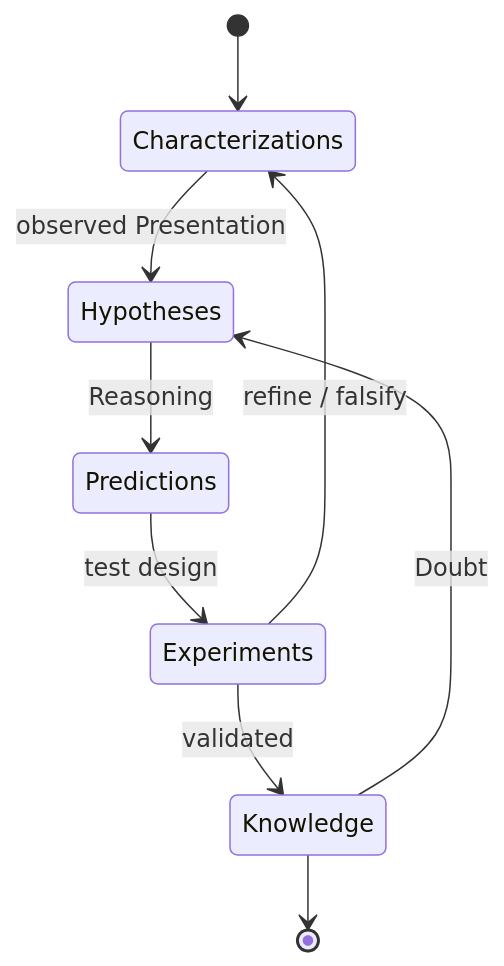
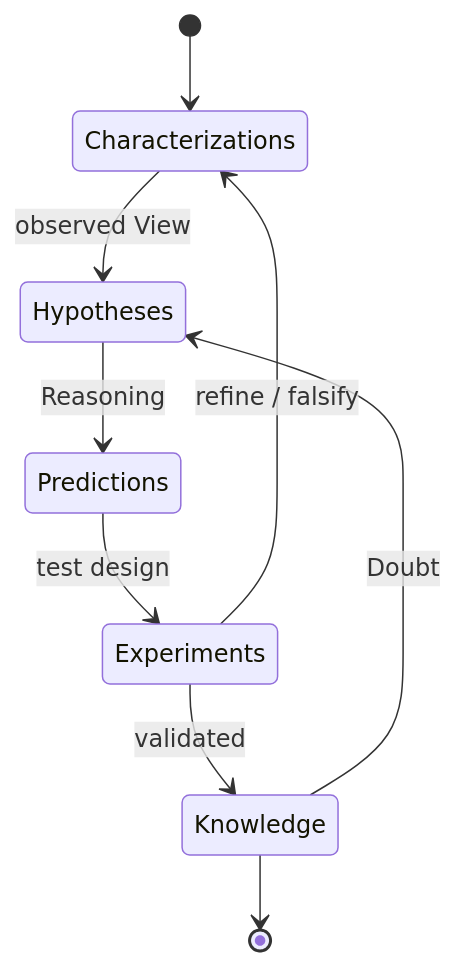
Before and after one commit to alitskevich/almaat: the diagram in docs/2-mind/90-scientific.md, drawn with Mermaid. The commit also changed 3 other files, not shown here.

First line of the commit message:
docs(2-mind): Presentation was a stale name for View

````diff
--- a/docs/2-mind/90-scientific.md
+++ b/docs/2-mind/90-scientific.md
@@ -45,11 +45,11 @@
 ```mermaid
 stateDiagram-v2
   [*] --> Characterizations
-  Characterizations --> Hypotheses: observed Presentation
+  Characterizations --> Hypotheses: observed View
   Hypotheses --> Predictions: Reasoning
   Predictions --> Experiments: test design
   Experiments --> Characterizations: refine / falsify
   Experiments --> Knowledge: validated
   Knowledge --> Hypotheses: Doubt
   Knowledge --> [*]
 ```
````
